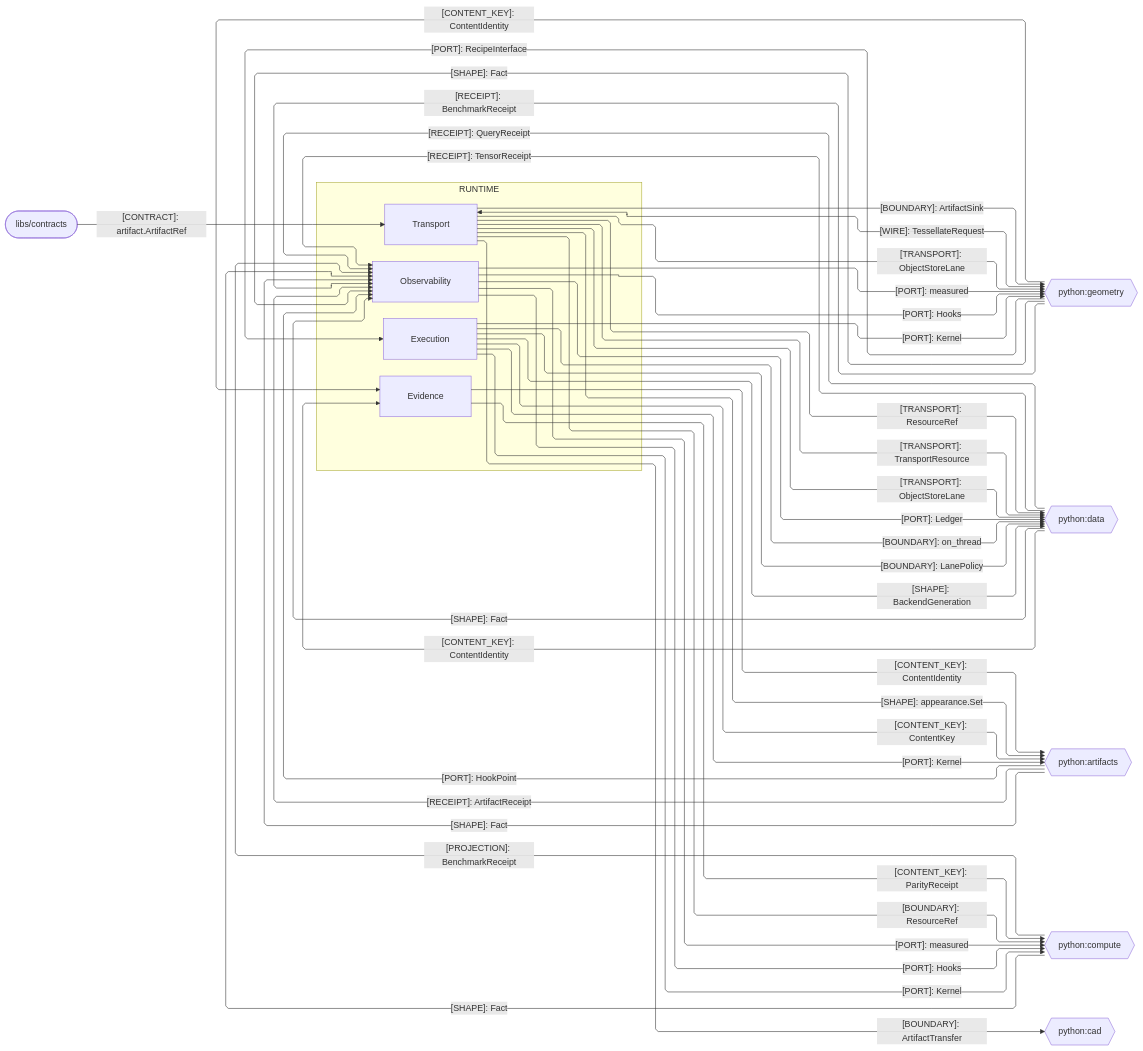
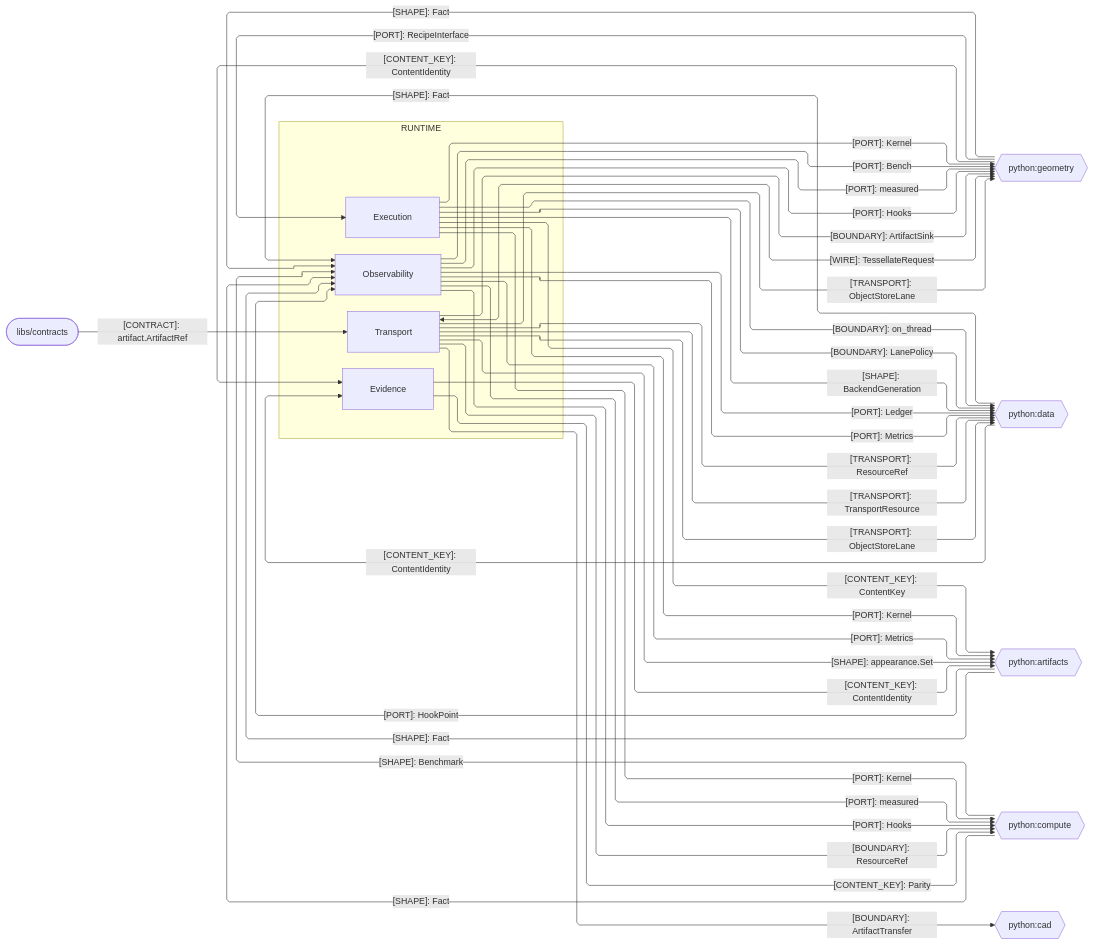
Before and after one commit to bsamiee/Rasm: the third of 4 diagrams in libs/python/runtime/ARCHITECTURE.md, drawn with Mermaid. The commit also changed other lines of this file and 1417 other files, not shown here.

````diff
--- a/libs/python/runtime/ARCHITECTURE.md
+++ b/libs/python/runtime/ARCHITECTURE.md
@@ -192,61 +192,60 @@
 ```mermaid
 ---
 config:
   layout: elk
   flowchart:
     curve: linear
     padding: 25
 ---
 flowchart LR
     accTitle: Runtime cross-package Python seams
-    accDescr: Runtime sub-domain owners exchanging content identity, transport, kernel and hook ports, and receipts with the Python siblings.
+    accDescr: Runtime sub-domain owners exchanging content identity, transport, kernel and hook ports, and measurements with the Python siblings.
     subgraph runtime[RUNTIME]
         Transport[Transport]
         Evidence[Evidence]
         Observability[Observability]
         Execution[Execution]
     end
     Geometry{{python:geometry}}
     Data{{python:data}}
     Artifacts{{python:artifacts}}
     Compute{{python:compute}}
     Cad{{python:cad}}
     Contracts([libs/contracts])
     Transport e1@<-->|"[WIRE]: TessellateRequest"| Geometry
     Geometry e2@-->|"[CONTENT_KEY]: ContentIdentity"| Evidence
     Geometry e3@-->|"[PORT]: RecipeInterface"| Execution
     Data e4@-->|"[CONTENT_KEY]: ContentIdentity"| Evidence
     Transport e5@-->|"[TRANSPORT]: ResourceRef"| Data
     Transport e6@-->|"[TRANSPORT]: TransportResource"| Data
     Observability e7@-->|"[PORT]: Ledger"| Data
-    Data e8@-->|"[RECEIPT]: QueryReceipt"| Observability
-    Data e9@-->|"[RECEIPT]: TensorReceipt"| Observability
+    Observability e8@-->|"[PORT]: Metrics"| Data
     Execution e10@-->|"[BOUNDARY]: on_thread"| Data
     Execution e11@-->|"[BOUNDARY]: LanePolicy"| Data
     Execution e12@-->|"[SHAPE]: BackendGeneration"| Data
     Evidence e13@-->|"[CONTENT_KEY]: ContentIdentity"| Artifacts
-    Artifacts e14@-->|"[RECEIPT]: ArtifactReceipt"| Observability
+    Observability e14@-->|"[PORT]: Metrics"| Artifacts
     Execution e15@-->|"[CONTENT_KEY]: ContentKey"| Artifacts
     Execution e16@-->|"[PORT]: Kernel"| Artifacts
     Transport e17@-->|"[SHAPE]: appearance.Set"| Artifacts
     Artifacts e18@-->|"[PORT]: HookPoint"| Observability
-    Evidence e19@-->|"[CONTENT_KEY]: ParityReceipt"| Compute
+    Evidence e19@-->|"[CONTENT_KEY]: Parity"| Compute
     Transport e20@-->|"[BOUNDARY]: ResourceRef"| Compute
     Observability e21@-->|"[PORT]: measured"| Compute
     Execution e22@-->|"[PORT]: Kernel"| Compute
     Transport e23@-->|"[TRANSPORT]: ObjectStoreLane"| Data
     Transport e24@-->|"[TRANSPORT]: ObjectStoreLane"| Geometry
     Artifacts e25@-->|"[SHAPE]: Fact"| Observability
     Compute e26@-->|"[SHAPE]: Fact"| Observability
     Data e27@-->|"[SHAPE]: Fact"| Observability
     Geometry e28@-->|"[SHAPE]: Fact"| Observability
     Observability e23@-->|"[PORT]: Hooks"| Compute
-    Compute e24@-->|"[PROJECTION]: BenchmarkReceipt"| Observability
+    Compute e24@-->|"[SHAPE]: Benchmark"| Observability
     Execution e25@-->|"[PORT]: Kernel"| Geometry
-    Geometry e26@-->|"[RECEIPT]: BenchmarkReceipt"| Observability
+    Observability e26@-->|"[PORT]: Bench"| Geometry
     Observability e27@-->|"[PORT]: measured"| Geometry
     Observability e28@-->|"[PORT]: Hooks"| Geometry
     Transport e29@-->|"[BOUNDARY]: ArtifactSink"| Geometry
     Transport e30@-->|"[BOUNDARY]: ArtifactTransfer"| Cad
     Contracts e31@-->|"[CONTRACT]: artifact.ArtifactRef"| Transport
 ```
````
